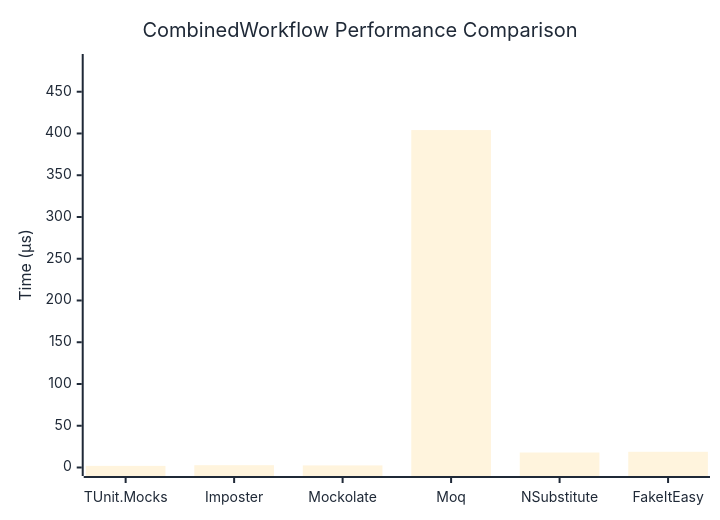
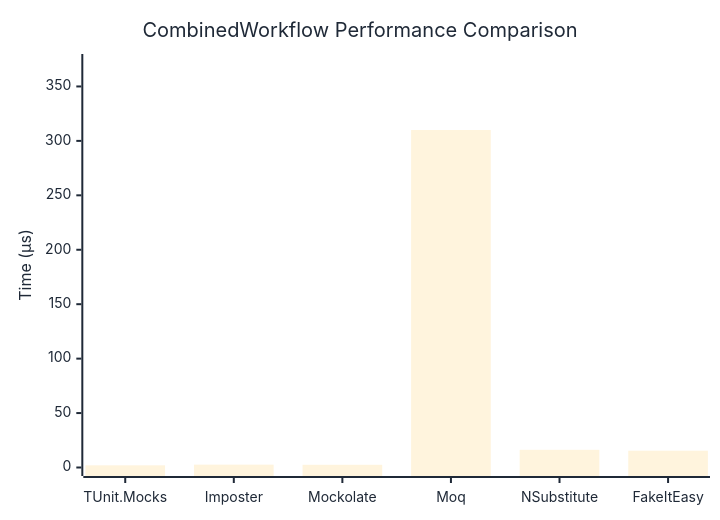
The diagram in docs/docs/benchmarks/mocks/CombinedWorkflow.md (thomhurst/TUnit), drawn with Mermaid before and after one commit. The commit also changed other lines of this file and 14 other files, not shown here.

````diff
--- a/docs/docs/benchmarks/mocks/CombinedWorkflow.md
+++ b/docs/docs/benchmarks/mocks/CombinedWorkflow.md
@@ -28,27 +28,27 @@
 ```mermaid
 %%{init: {
   'theme':'base',
   'themeVariables': {
     'primaryColor': '#2563eb',
     'primaryTextColor': '#1f2937',
     'primaryBorderColor': '#1e40af',
     'lineColor': '#6b7280',
     'secondaryColor': '#7c3aed',
     'tertiaryColor': '#dc2626',
     'background': '#ffffff',
     'pie1': '#2563eb',
     'pie2': '#7c3aed',
     'pie3': '#dc2626',
     'pie4': '#f59e0b',
     'pie5': '#10b981',
     'pie6': '#06b6d4',
     'pie7': '#ec4899',
     'pie8': '#6366f1'
   }
 }}%%
 xychart-beta
   title "CombinedWorkflow Performance Comparison"
   x-axis ["TUnit.Mocks", "Imposter", "Mockolate", "Moq", "NSubstitute", "FakeItEasy"]
-  y-axis "Time (μs)" 0 --> 485
-  bar [1.95, 2.77, 2.506, 404.073, 17.942, 18.805]
+  y-axis "Time (μs)" 0 --> 372
+  bar [1.992, 2.628, 2.479, 309.995, 16.228, 15.431]
 ```
````
